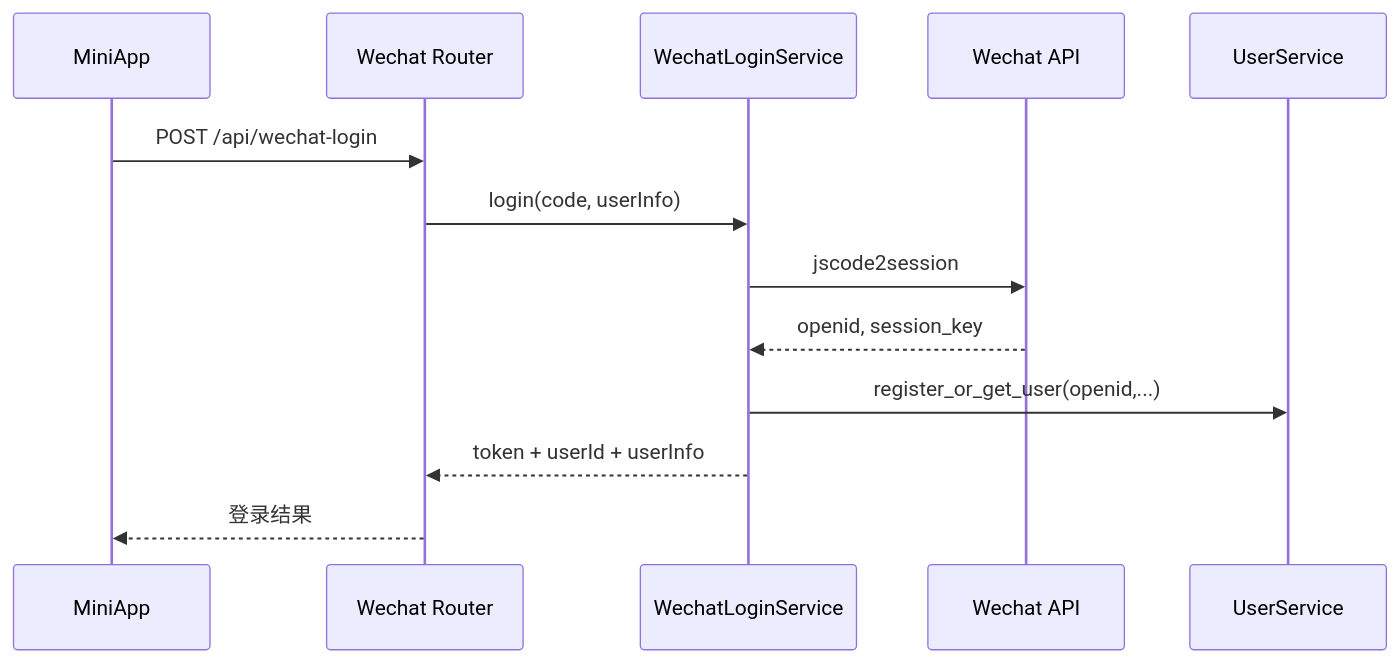
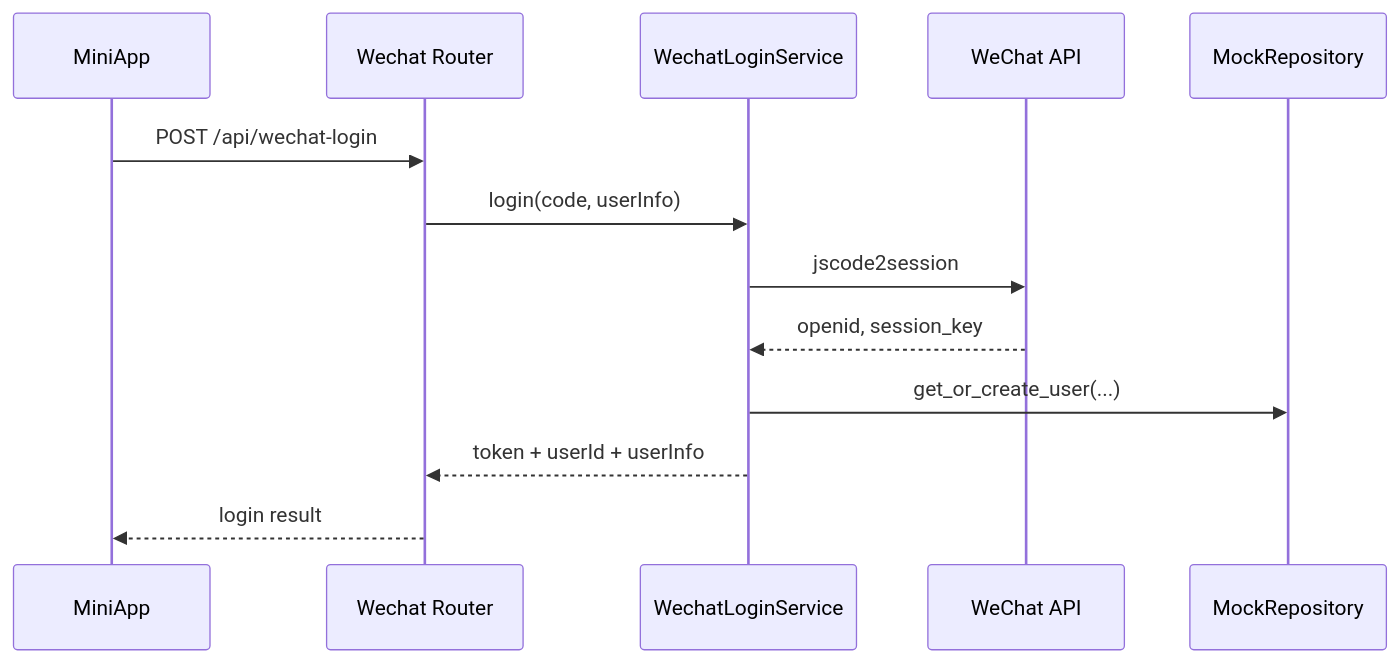
Before and after one commit to 24-Fahed/Live-Project: the sixth of 8 diagrams in docs/architecture-design.md, drawn with Mermaid. The commit also changed other lines of this file and 13 other files, not shown here.

````diff
--- a/docs/architecture-design.md
+++ b/docs/architecture-design.md
@@ -288,16 +234,16 @@
 ```mermaid
 sequenceDiagram
     participant Client as MiniApp
     participant Gateway as Wechat Router
     participant Service as WechatLoginService
-    participant WX as Wechat API
-    participant UserSvc as UserService
+    participant WX as WeChat API
+    participant Repo as MockRepository
 
     Client->>Gateway: POST /api/wechat-login
     Gateway->>Service: login(code, userInfo)
     Service->>WX: jscode2session
     WX-->>Service: openid, session_key
-    Service->>UserSvc: register_or_get_user(openid,...)
+    Service->>Repo: get_or_create_user(...)
     Service-->>Gateway: token + userId + userInfo
-    Gateway-->>Client: 登录结果
+    Gateway-->>Client: login result
 ```
````
